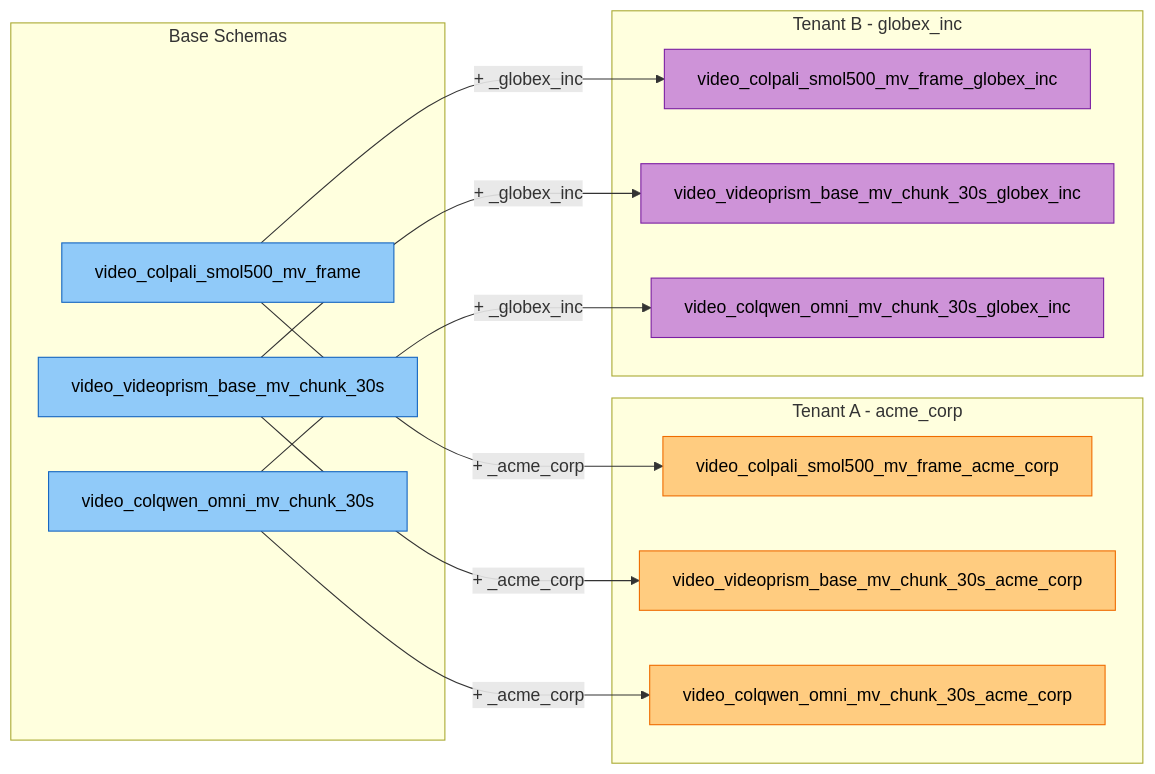
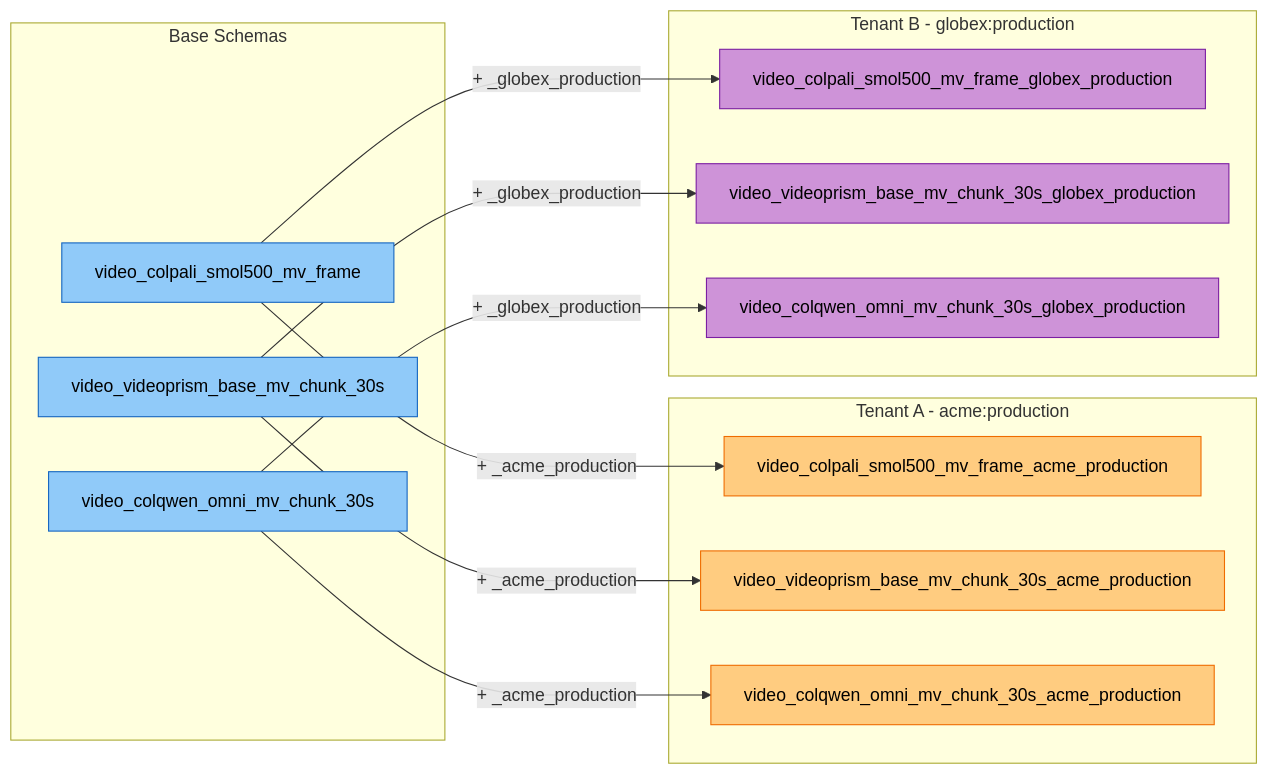
Before and after one commit to amit-jain/cogniverse: the third of 21 diagrams in docs/diagrams/multi-tenant-diagrams.md, drawn with Mermaid. The commit also changed other lines of this file and 50 other files, not shown here.

First line of the commit message:
Complete and verify docs against code with mermaid palette

````diff
--- a/docs/diagrams/multi-tenant-diagrams.md
+++ b/docs/diagrams/multi-tenant-diagrams.md
@@ -162,38 +162,38 @@
 ```mermaid
 flowchart LR
     subgraph "Base Schemas"
         ColPali["<span style='color:#000'>video_colpali_smol500_mv_frame</span>"]
         VideoPrism["<span style='color:#000'>video_videoprism_base_mv_chunk_30s</span>"]
         ColQwen["<span style='color:#000'>video_colqwen_omni_mv_chunk_30s</span>"]
     end
 
-    subgraph "Tenant A - acme_corp"
-        ColPaliA["<span style='color:#000'>video_colpali_smol500_mv_frame_acme_corp</span>"]
-        VideoPrismA["<span style='color:#000'>video_videoprism_base_mv_chunk_30s_acme_corp</span>"]
-        ColQwenA["<span style='color:#000'>video_colqwen_omni_mv_chunk_30s_acme_corp</span>"]
+    subgraph "Tenant A - acme:production"
+        ColPaliA["<span style='color:#000'>video_colpali_smol500_mv_frame_acme_production</span>"]
+        VideoPrismA["<span style='color:#000'>video_videoprism_base_mv_chunk_30s_acme_production</span>"]
+        ColQwenA["<span style='color:#000'>video_colqwen_omni_mv_chunk_30s_acme_production</span>"]
     end
 
-    subgraph "Tenant B - globex_inc"
-        ColPaliB["<span style='color:#000'>video_colpali_smol500_mv_frame_globex_inc</span>"]
-        VideoPrismB["<span style='color:#000'>video_videoprism_base_mv_chunk_30s_globex_inc</span>"]
-        ColQwenB["<span style='color:#000'>video_colqwen_omni_mv_chunk_30s_globex_inc</span>"]
+    subgraph "Tenant B - globex:production"
+        ColPaliB["<span style='color:#000'>video_colpali_smol500_mv_frame_globex_production</span>"]
+        VideoPrismB["<span style='color:#000'>video_videoprism_base_mv_chunk_30s_globex_production</span>"]
+        ColQwenB["<span style='color:#000'>video_colqwen_omni_mv_chunk_30s_globex_production</span>"]
     end
 
-    ColPali -->|+ _acme_corp| ColPaliA
-    VideoPrism -->|+ _acme_corp| VideoPrismA
-    ColQwen -->|+ _acme_corp| ColQwenA
+    ColPali -->|+ _acme_production| ColPaliA
+    VideoPrism -->|+ _acme_production| VideoPrismA
+    ColQwen -->|+ _acme_production| ColQwenA
 
-    ColPali -->|+ _globex_inc| ColPaliB
-    VideoPrism -->|+ _globex_inc| VideoPrismB
-    ColQwen -->|+ _globex_inc| ColQwenB
+    ColPali -->|+ _globex_production| ColPaliB
+    VideoPrism -->|+ _globex_production| VideoPrismB
+    ColQwen -->|+ _globex_production| ColQwenB
 
     style ColPali fill:#90caf9,stroke:#1565c0,color:#000
     style VideoPrism fill:#90caf9,stroke:#1565c0,color:#000
     style ColQwen fill:#90caf9,stroke:#1565c0,color:#000
     style ColPaliA fill:#ffcc80,stroke:#ef6c00,color:#000
     style VideoPrismA fill:#ffcc80,stroke:#ef6c00,color:#000
     style ColQwenA fill:#ffcc80,stroke:#ef6c00,color:#000
     style ColPaliB fill:#ce93d8,stroke:#7b1fa2,color:#000
     style VideoPrismB fill:#ce93d8,stroke:#7b1fa2,color:#000
     style ColQwenB fill:#ce93d8,stroke:#7b1fa2,color:#000
 ```
````
